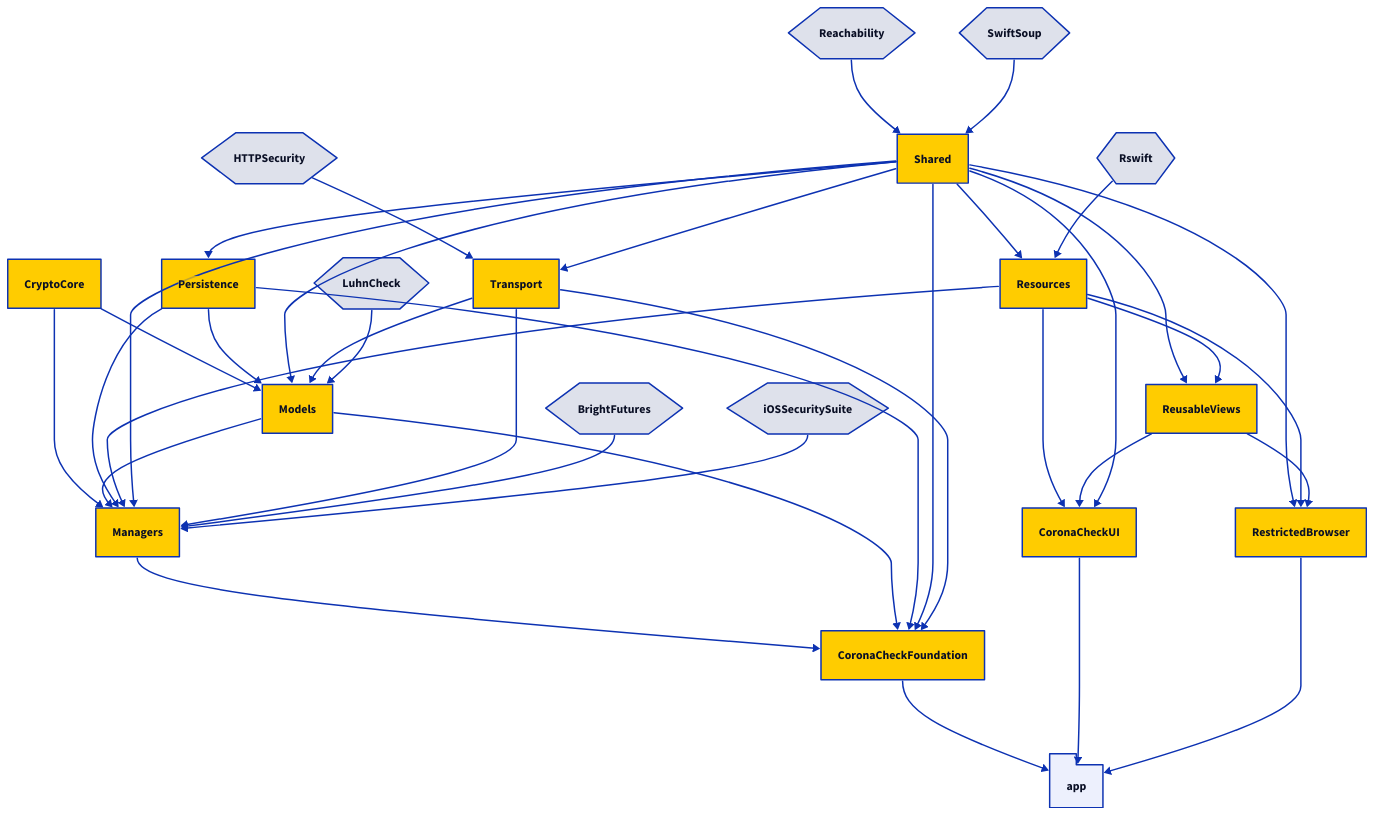
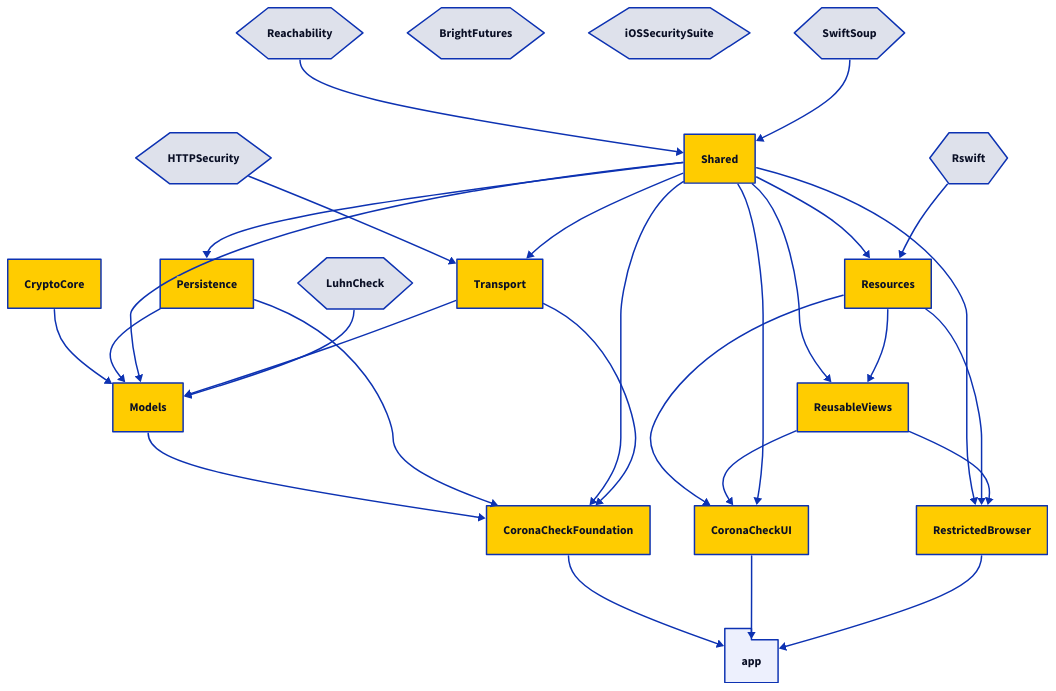
One commit to minvws/nl-covid19-coronacheck-app-ios changed the diagram in Diagrams/packages-withouttests.d2. Above: the diagram before and after it, drawn with D2. The commit also changed 85 other files, not shown here.

```diff
--- a/Diagrams/packages-withouttests.d2
+++ b/Diagrams/packages-withouttests.d2
@@ -1,91 +1,80 @@
 direction: down
 
 # Third-Party
 Rswift: {
   shape: hexagon
 }
 Reachability: {
   shape: hexagon
 }
 BrightFutures: {
   shape: hexagon
 }
 HTTPSecurity: {
   shape: hexagon
 }
 LuhnCheck: {
   shape: hexagon
 }
 iOSSecuritySuite: {
   shape: hexagon
 }
 SwiftSoup: {
   shape: hexagon
 }
 
 # The application
 
 app: {
   shape: package
 }
 
 app <- CoronaCheckFoundation
 app <- CoronaCheckUI
 app <- RestrictedBrowser
 
 # - Packages - 
 
 CoronaCheckFoundation { style.fill: "#ffcc00" }
-CoronaCheckFoundation <- Managers
 CoronaCheckFoundation <- Models
 CoronaCheckFoundation <- Persistence
 CoronaCheckFoundation <- Shared
 CoronaCheckFoundation <- Transport
 
 CoronaCheckUI { style.fill: "#ffcc00" }
 CoronaCheckUI <- Resources
 CoronaCheckUI <- ReusableViews
 CoronaCheckUI <- Shared
 
 CryptoCore { style.fill: "#ffcc00" }
-
-Managers { style.fill: "#ffcc00" }
-Managers <- CryptoCore
-Managers <- Models
-Managers <- Persistence
-Managers <- Resources
-Managers <- Shared
-Managers <- Transport
-Managers <- BrightFutures
-Managers <- iOSSecuritySuite
 
 Models { style.fill: "#ffcc00" }
 Models <- CryptoCore
 Models <- Persistence
 Models <- Shared
 Models <- Transport
 Models <- LuhnCheck
 
 Persistence { style.fill: "#ffcc00" }
 Persistence <- Shared
 
 Resources { style.fill: "#ffcc00" }
 Resources <- Shared
 Resources <- Rswift
 
 RestrictedBrowser { style.fill: "#ffcc00" }
 RestrictedBrowser <- Shared
 RestrictedBrowser <- Resources
 RestrictedBrowser <- ReusableViews
 
 ReusableViews { style.fill: "#ffcc00" }
 ReusableViews <- Shared
 ReusableViews <- Resources
 
 Shared { style.fill: "#ffcc00" }
 Shared <- Reachability
 Shared <- SwiftSoup
 
 Transport { style.fill: "#ffcc00" }
 Transport <- HTTPSecurity
 Transport <- Shared
```
